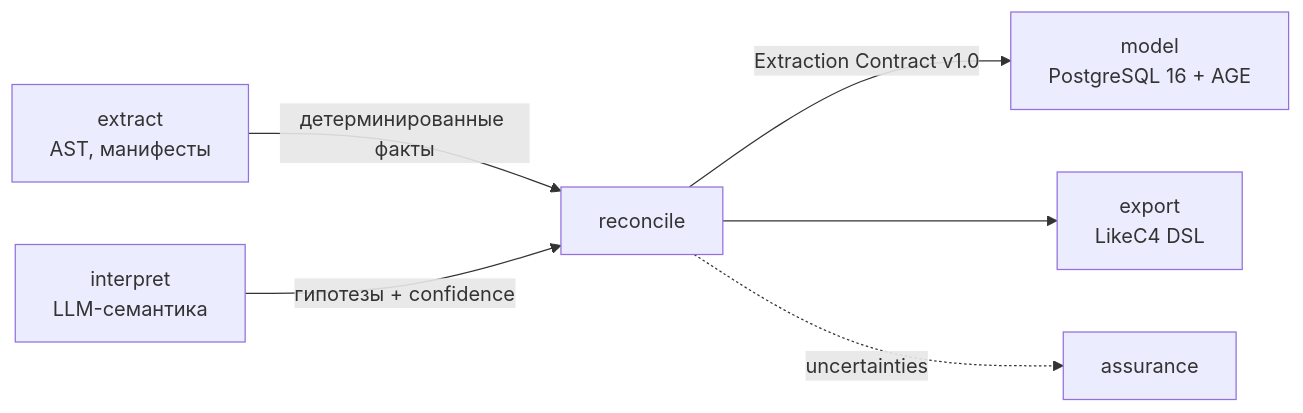
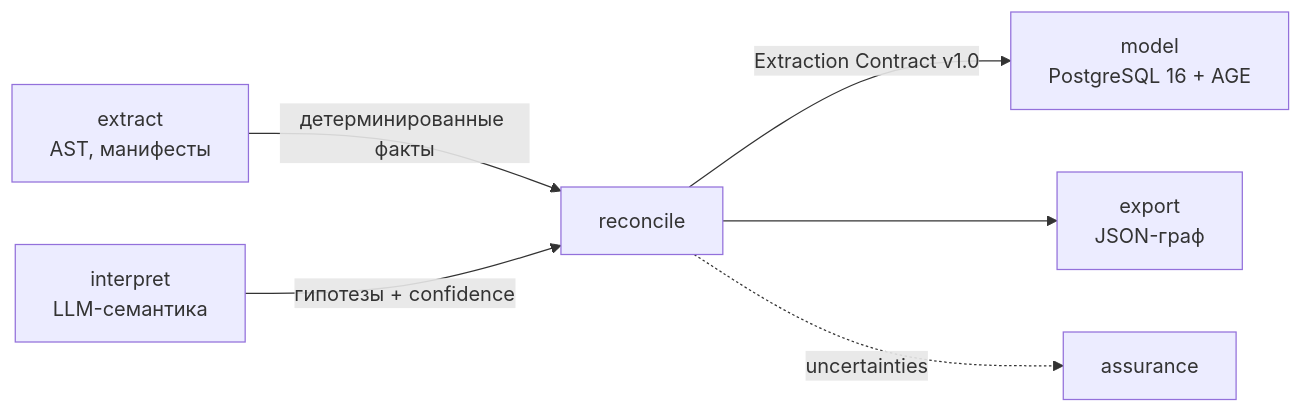
Before and after one commit to teamv39/archon: the diagram in docs/architecture/contracts/README.md, drawn with Mermaid. The commit also changed other lines of this file and 28 other files, not shown here.

````diff
--- a/docs/architecture/contracts/README.md
+++ b/docs/architecture/contracts/README.md
@@ -20,8 +20,8 @@
 ```mermaid
 flowchart LR
     extract["extract<br/>AST, манифесты"] -->|"детерминированные факты"| rc["reconcile"]
     interpret["interpret<br/>LLM-семантика"] -->|"гипотезы + confidence"| rc
     rc -->|"Extraction Contract v1.0"| model["model<br/>PostgreSQL 16 + AGE"]
-    rc --> export["export<br/>LikeC4 DSL"]
+    rc --> export["export<br/>JSON-граф"]
     rc -. "uncertainties" .-> assurance
 ```
````
